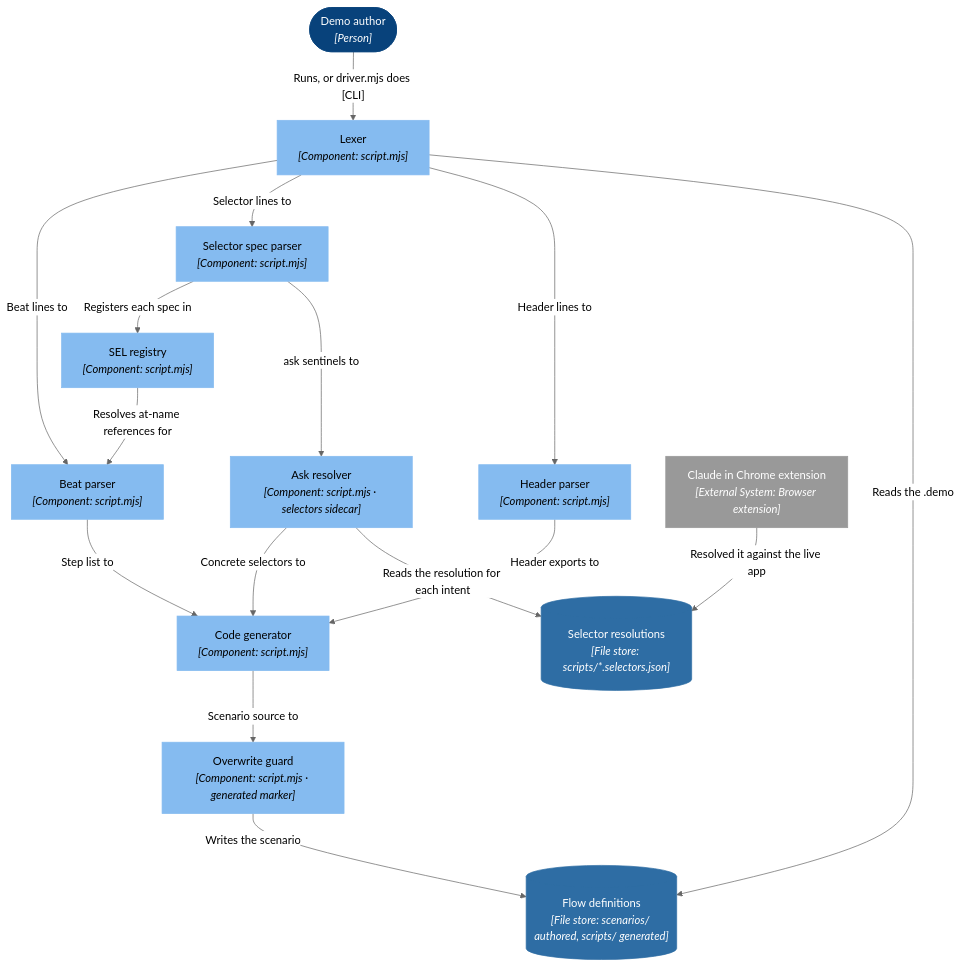
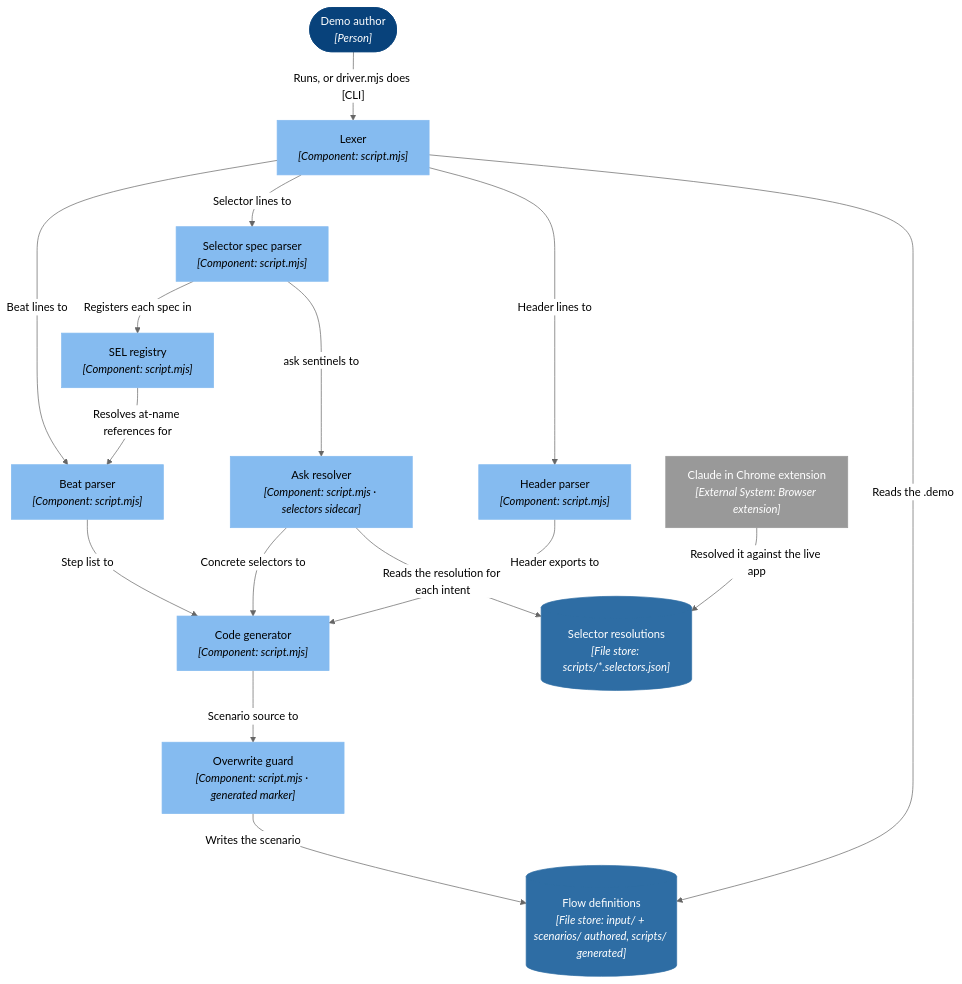
One commit to ssunduko/product-video changed the fourth of 11 diagrams in docs/C4.md. Above: the diagram before and after it, drawn with Mermaid (neutral theme). The commit also changed other lines of this file and 198 other files, not shown here.

First line of the commit message:
Flatten productvideos/ into the repo root; add input/ for flow files

````diff
--- a/docs/C4.md
+++ b/docs/C4.md
@@ -263,40 +263,40 @@
 ```mermaid
 flowchart TD
   n32["Lexer<br/><i>[Component: script.mjs]</i>"]
   n33["Selector spec parser<br/><i>[Component: script.mjs]</i>"]
   n34["SEL registry<br/><i>[Component: script.mjs]</i>"]
   n35["Header parser<br/><i>[Component: script.mjs]</i>"]
   n36["Beat parser<br/><i>[Component: script.mjs]</i>"]
   n37["Ask resolver<br/><i>[Component: script.mjs · selectors sidecar]</i>"]
   n38["Code generator<br/><i>[Component: script.mjs]</i>"]
   n39["Overwrite guard<br/><i>[Component: script.mjs · generated marker]</i>"]
   n0(["Demo author<br/><i>[Person]</i>"])
-  n18[("Flow definitions<br/><i>[File store: scenarios/ authored, scripts/ generated]</i>")]
+  n18[("Flow definitions<br/><i>[File store: input/ + scenarios/ authored, scripts/ generated]</i>")]
   n23[("Selector resolutions<br/><i>[File store: scripts/*.selectors.json]</i>")]
   n7["Claude in Chrome extension<br/><i>[External System: Browser extension]</i>"]
   n33 -->|"ask sentinels to"| n37
   n37 -->|"Reads the resolution for each intent"| n23
   n7 -->|"Resolved it against the live app"| n23
   n37 -->|"Concrete selectors to"| n38
   n0 -->|"Runs, or driver.mjs does [CLI]"| n32
   n32 -->|"Reads the .demo"| n18
   n32 -->|"Header lines to"| n35
   n32 -->|"Selector lines to"| n33
   n32 -->|"Beat lines to"| n36
   n33 -->|"Registers each spec in"| n34
   n34 -->|"Resolves at-name references for"| n36
   n35 -->|"Header exports to"| n38
   n36 -->|"Step list to"| n38
   n38 -->|"Scenario source to"| n39
   n39 -->|"Writes the scenario"| n18
   classDef person fill:#08427b,stroke:#08427b,color:#ffffff;
   classDef system fill:#1168bd,stroke:#1168bd,color:#ffffff;
   classDef external fill:#999999,stroke:#999999,color:#ffffff;
   classDef container fill:#438dd5,stroke:#438dd5,color:#ffffff;
   classDef store fill:#2e6da4,stroke:#2e6da4,color:#ffffff;
   classDef component fill:#85bbf0,stroke:#85bbf0,color:#000000;
   class n0 person;
   class n7 external;
   class n18,n23 store;
   class n32,n33,n34,n35,n36,n37,n38,n39 component;
 ```
````
